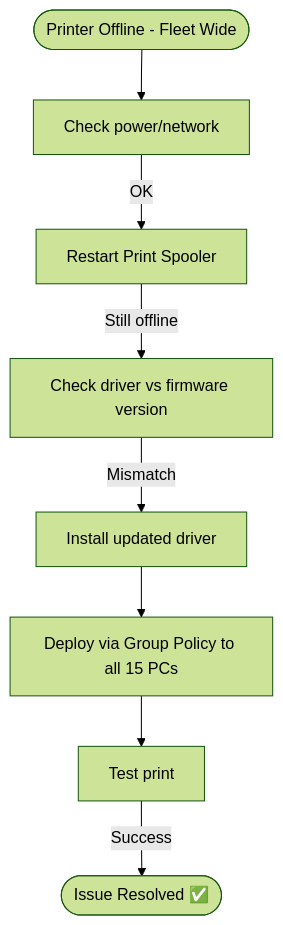
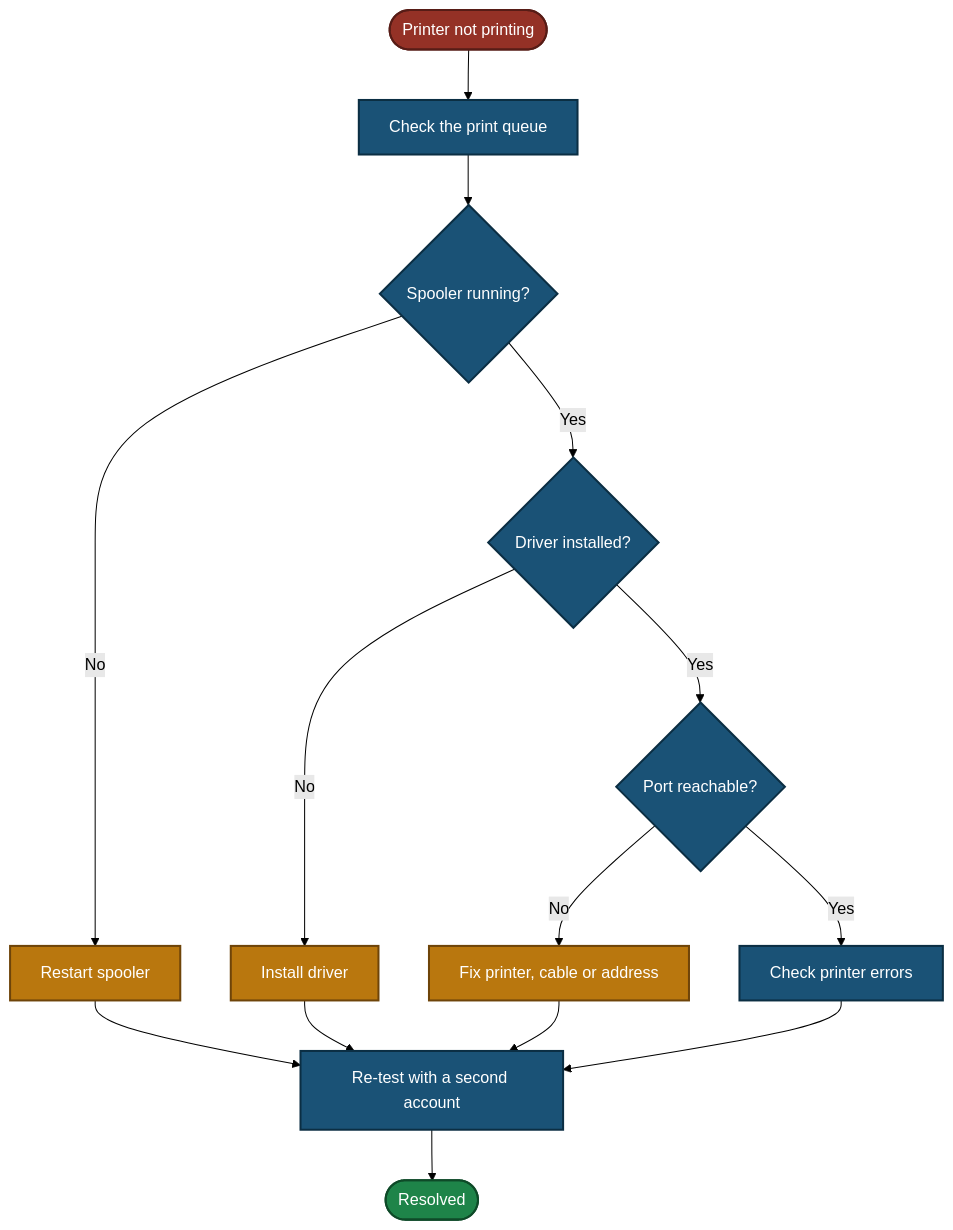
One commit to malaika-azhar/Customer-Tech-Support-Portfolio changed the fifth of 5 diagrams in 02-Ticket-simulations/02.4-Printer-Ticket.md. Above: the diagram before and after it, drawn with Mermaid (forest theme). The commit also changed other lines of this file, not shown here.

````diff
--- a/02-Ticket-simulations/02.4-Printer-Ticket.md
+++ b/02-Ticket-simulations/02.4-Printer-Ticket.md
@@ -43,10 +436,24 @@
 ```mermaid
 flowchart TD
-    Start([Printer Offline - Fleet Wide]) --> A["Check power/network"]
-    A -->|OK| B["Restart Print Spooler"]
-    B -->|Still offline| C["Check driver vs firmware version"]
-    C -->|Mismatch| D["Install updated driver"]
-    D --> E["Deploy via Group Policy to all 15 PCs"]
-    E --> F["Test print"]
-    F -->|Success| End1([Issue Resolved ✅])
+    Start(["Printer not printing"]) --> A["Check the print queue"]
+    A --> B{"Spooler running?"}
+    B -->|No| F1["Restart spooler"]
+    B -->|Yes| C{"Driver installed?"}
+    C -->|No| F2["Install driver"]
+    C -->|Yes| D{"Port reachable?"}
+    D -->|No| F3["Fix printer, cable or address"]
+    D -->|Yes| E["Check printer errors"]
+    F1 --> G["Re-test with a second account"]
+    F2 --> G
+    F3 --> G
+    E --> G
+    G --> End1(["Resolved"])
+    classDef blue fill:#1A5276,stroke:#0B2E43,stroke-width:2px,color:#FFFFFF;
+    classDef red fill:#943126,stroke:#571C16,stroke-width:2px,color:#FFFFFF;
+    classDef orange fill:#B9770E,stroke:#6E4409,stroke-width:2px,color:#FFFFFF;
+    classDef okgreen fill:#1E8449,stroke:#0E4A28,stroke-width:2px,color:#FFFFFF;
+    class Start red;
+    class A,B,C,D,E,G blue;
+    class F1,F2,F3 orange;
+    class End1 okgreen;
 ```
````
